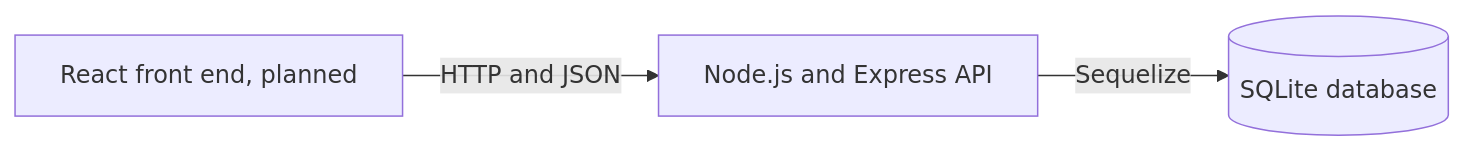
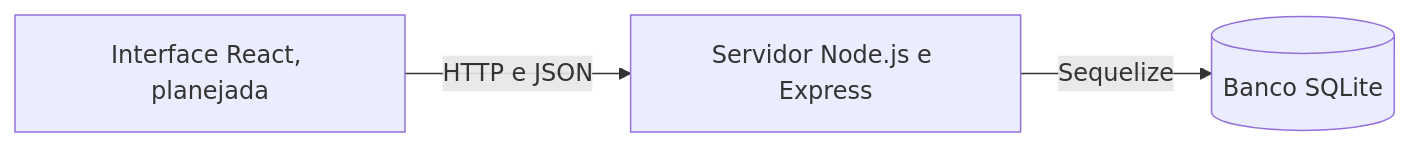
The first of 2 diagrams in README.md (inzekwe/Online-Restaurant-Grupo-1-), drawn with Mermaid before and after one commit. The commit also changed other lines of this file and 1 other file, not shown here.

````diff
--- a/README.md
+++ b/README.md
@@ -46,5 +46,5 @@
 ```mermaid
 flowchart LR
-    Browser[React front end, planned] -->|HTTP and JSON| API[Node.js and Express API]
-    API -->|Sequelize| DB[(SQLite database)]
+    Browser[Interface React, planejada] -->|HTTP e JSON| API[Servidor Node.js e Express]
+    API -->|Sequelize| DB[(Banco SQLite)]
 ```
````
